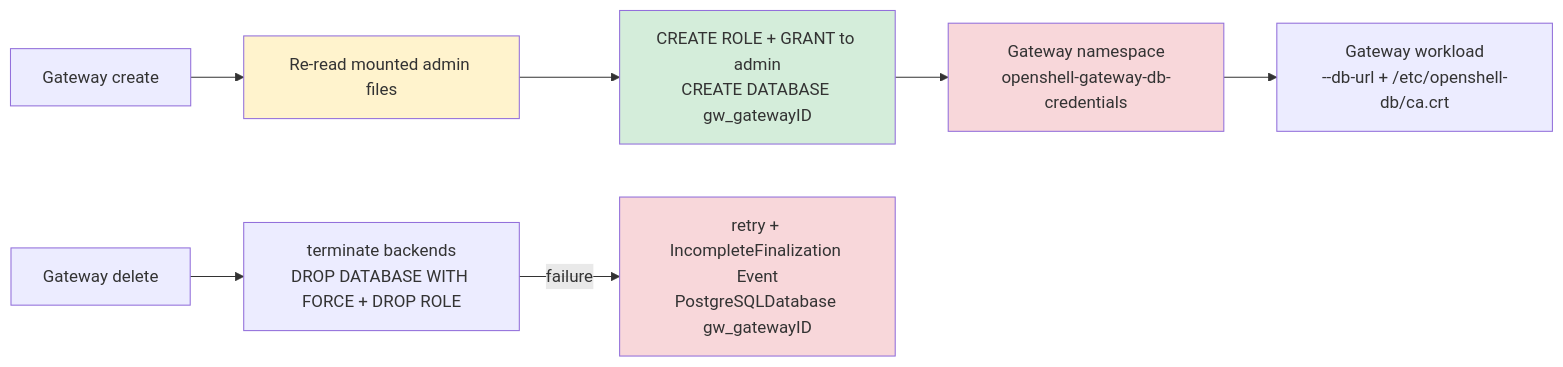
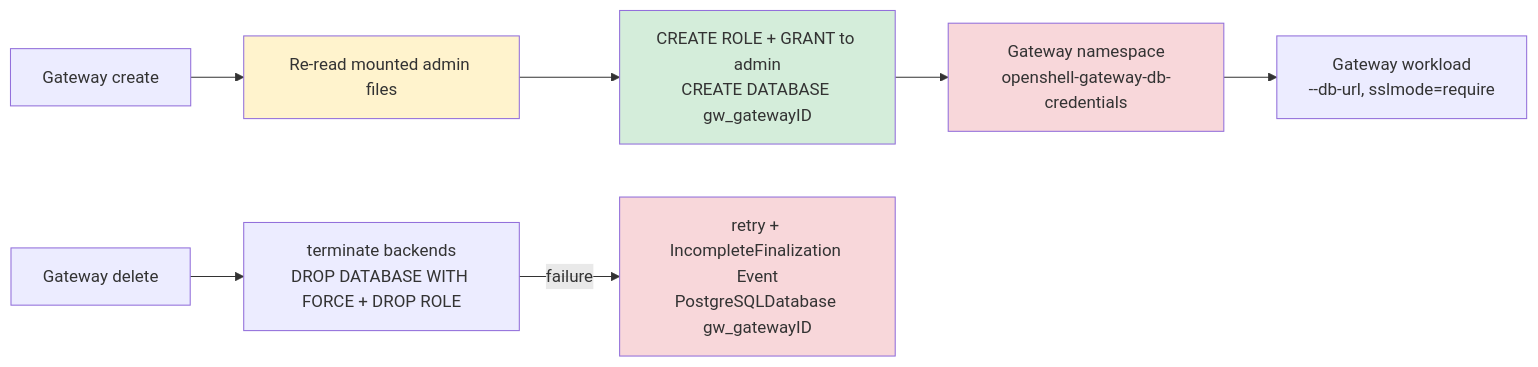
The second of 2 diagrams in docs/architecture/source/data-plane.md (jonmosco/hypershell), drawn with Mermaid before and after one commit. The commit also changed other lines of this file and 14 other files, not shown here.

````diff
--- a/docs/architecture/source/data-plane.md
+++ b/docs/architecture/source/data-plane.md
@@ -27,13 +27,13 @@
 ```mermaid
 graph LR
   G[Gateway create] --> P[Re-read mounted admin files]
   P --> DDL[CREATE ROLE + GRANT to admin<br/>CREATE DATABASE gw_gatewayID]
   DDL --> TSEC[Gateway namespace<br/>openshell-gateway-db-credentials]
-  TSEC --> W[Gateway workload<br/>--db-url + /etc/openshell-db/ca.crt]
+  TSEC --> W[Gateway workload<br/>--db-url, sslmode=require]
   D[Gateway delete] --> DROP[terminate backends<br/>DROP DATABASE WITH FORCE + DROP ROLE]
   DROP -->|failure| EV[retry + IncompleteFinalization Event<br/>PostgreSQLDatabase gw_gatewayID]
   style P fill:#fff3cd
   style EV fill:#f8d7da
   style DDL fill:#d4edda
   style TSEC fill:#f8d7da
 ```
````
